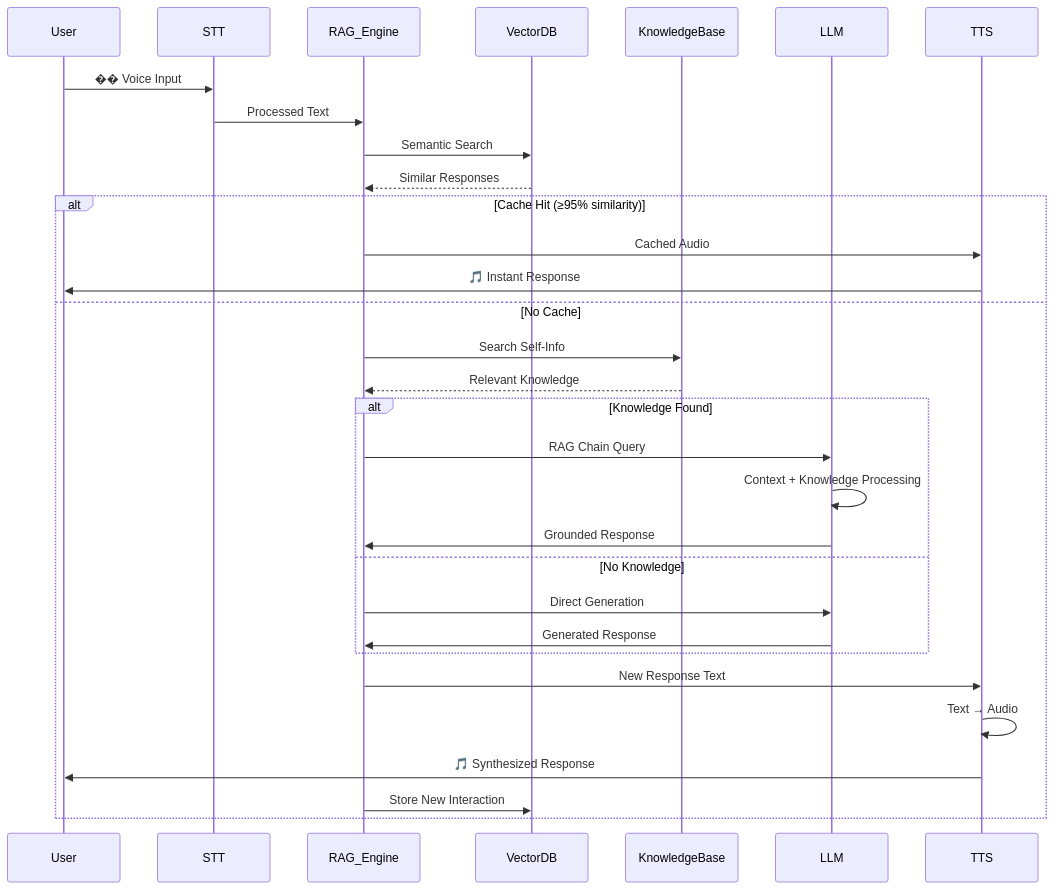
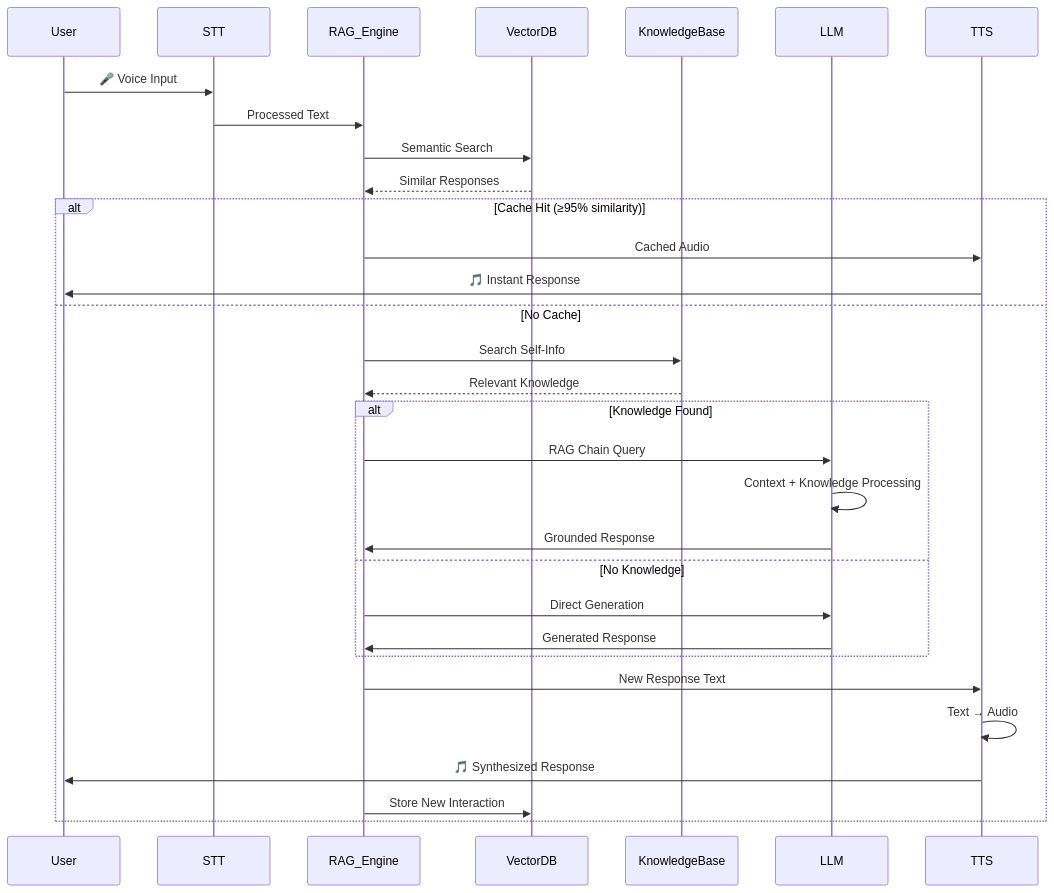
One commit to AteetVatan/echo-ai changed the sixth of 7 diagrams in readme.md. Above: the diagram before and after it, drawn with Mermaid. The commit also changed other lines of this file and 141 other files, not shown here.

````diff
--- a/readme.md
+++ b/readme.md
@@ -147,38 +446,38 @@
 ```mermaid
 sequenceDiagram
     participant User
     participant STT
     participant RAG_Engine
     participant VectorDB
     participant KnowledgeBase
     participant LLM
     participant TTS
 
-    User->>STT: �� Voice Input
+    User->>STT: 🎤 Voice Input
     STT->>RAG_Engine: Processed Text
     
     RAG_Engine->>VectorDB: Semantic Search
     VectorDB-->>RAG_Engine: Similar Responses
     
     alt Cache Hit (≥95% similarity)
         RAG_Engine->>TTS: Cached Audio
         TTS->>User: 🎵 Instant Response
     else No Cache
         RAG_Engine->>KnowledgeBase: Search Self-Info
         KnowledgeBase-->>RAG_Engine: Relevant Knowledge
         
         alt Knowledge Found
             RAG_Engine->>LLM: RAG Chain Query
             LLM->>LLM: Context + Knowledge Processing
             LLM->>RAG_Engine: Grounded Response
         else No Knowledge
             RAG_Engine->>LLM: Direct Generation
             LLM->>RAG_Engine: Generated Response
         end
         
         RAG_Engine->>TTS: New Response Text
         TTS->>TTS: Text → Audio
         TTS->>User: 🎵 Synthesized Response
         RAG_Engine->>VectorDB: Store New Interaction
     end
 ```
````
